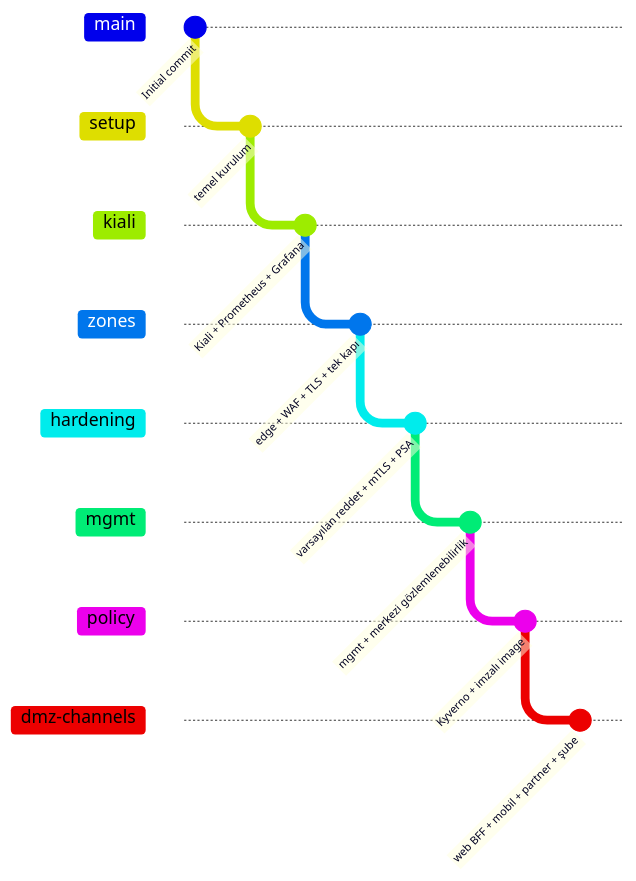
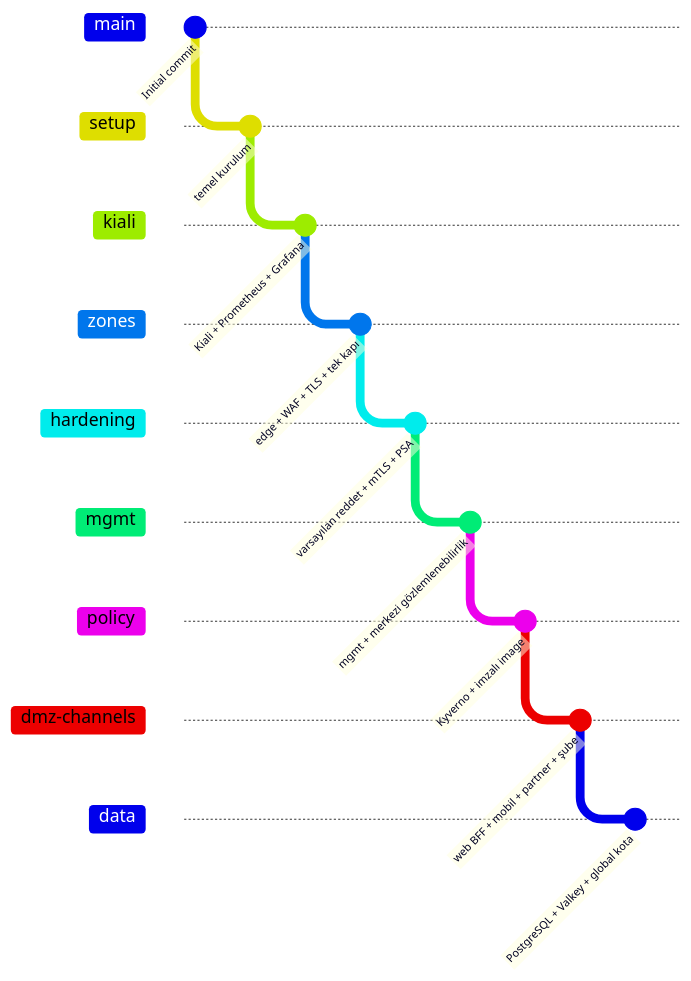
The diagram in docs/README.md (olgunyldz/service-mesh-lab), drawn with Mermaid before and after one commit. The commit also changed other lines of this file and 30 other files, not shown here.

First line of the commit message:
Veri katmanı: PostgreSQL ve Valkey (mgmt), account-api, global rate limit

````diff
--- a/docs/README.md
+++ b/docs/README.md
@@ -5,25 +5,28 @@
 ```mermaid
 gitGraph
     commit id: "Initial commit"
     branch setup
     checkout setup
     commit id: "temel kurulum"
     branch kiali
     checkout kiali
     commit id: "Kiali + Prometheus + Grafana"
     branch zones
     checkout zones
     commit id: "edge + WAF + TLS + tek kapı"
     branch hardening
     checkout hardening
     commit id: "varsayılan reddet + mTLS + PSA"
     branch mgmt
     checkout mgmt
     commit id: "mgmt + merkezi gözlemlenebilirlik"
     branch policy
     checkout policy
     commit id: "Kyverno + imzalı image"
     branch dmz-channels
     checkout dmz-channels
     commit id: "web BFF + mobil + partner + şube"
+    branch data
+    checkout data
+    commit id: "PostgreSQL + Valkey + global kota"
 ```
````
